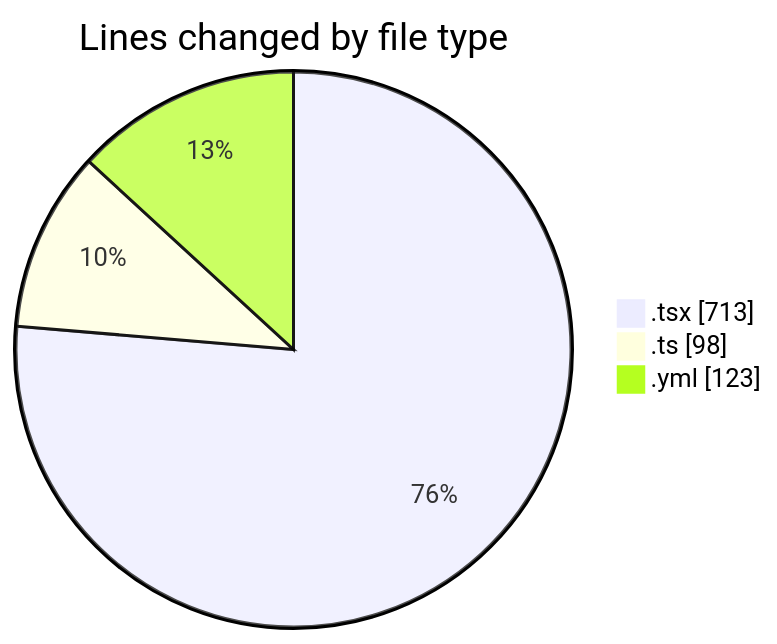
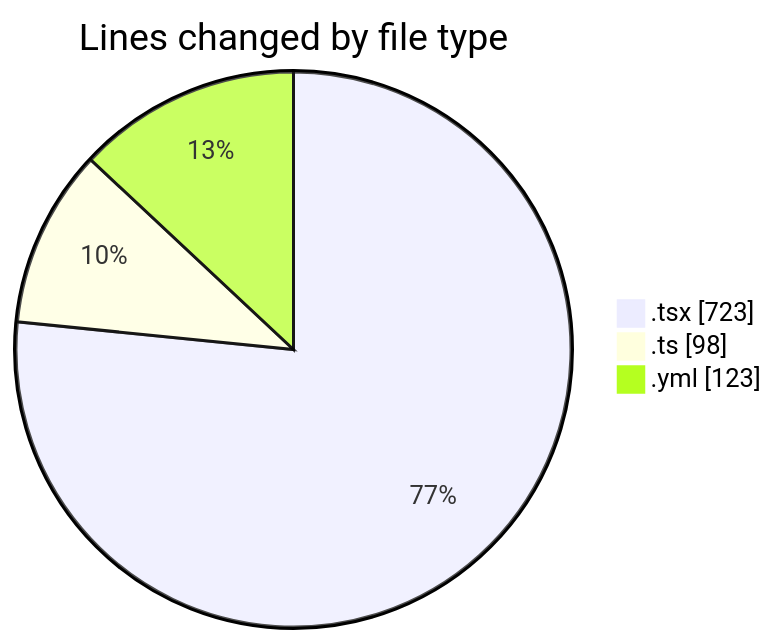
One commit to julien-gomy/code-tracking changed the first of 2 diagrams in 2025-10-17/eventscop-frontend-guide__workspace_/README.md. Above: the diagram before and after it, drawn with Mermaid. The commit also changed other lines of this file and 1 other file, not shown here.

````diff
--- a/2025-10-17/eventscop-frontend-guide__workspace_/README.md
+++ b/2025-10-17/eventscop-frontend-guide__workspace_/README.md
@@ -27,7 +27,7 @@
 ```mermaid
 pie showData
 title Lines changed by file type
-".tsx" : 713
+".tsx" : 723
 ".ts" : 98
 ".yml" : 123
 ```
````
